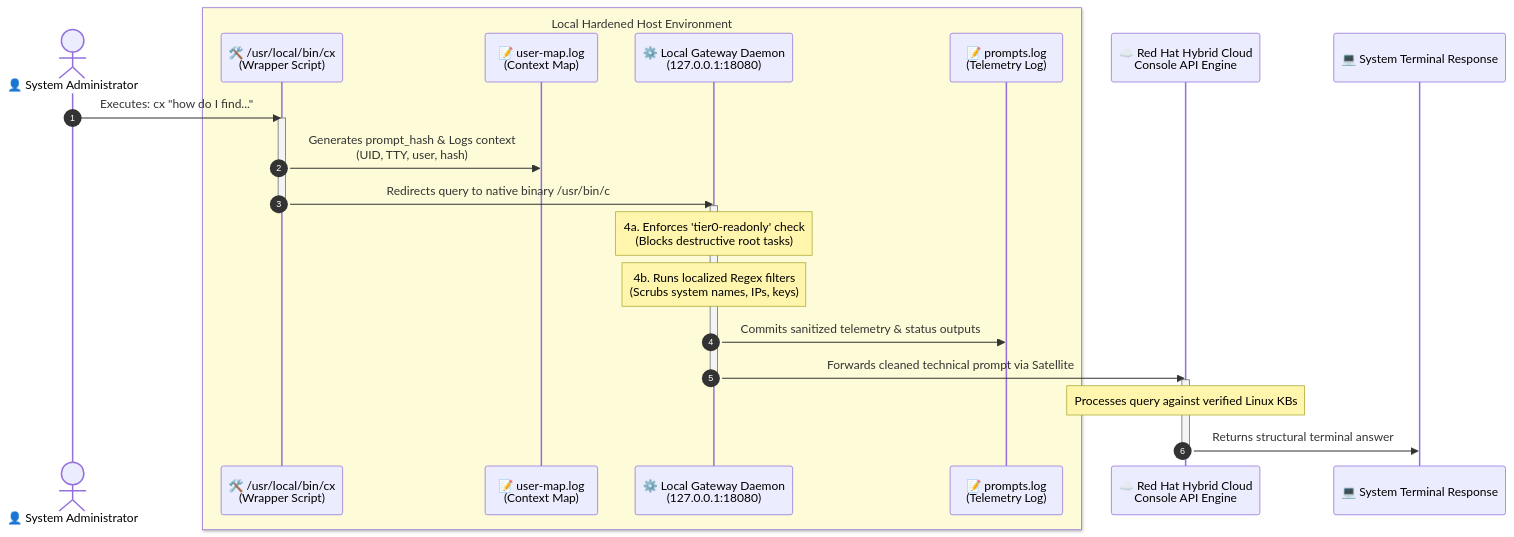
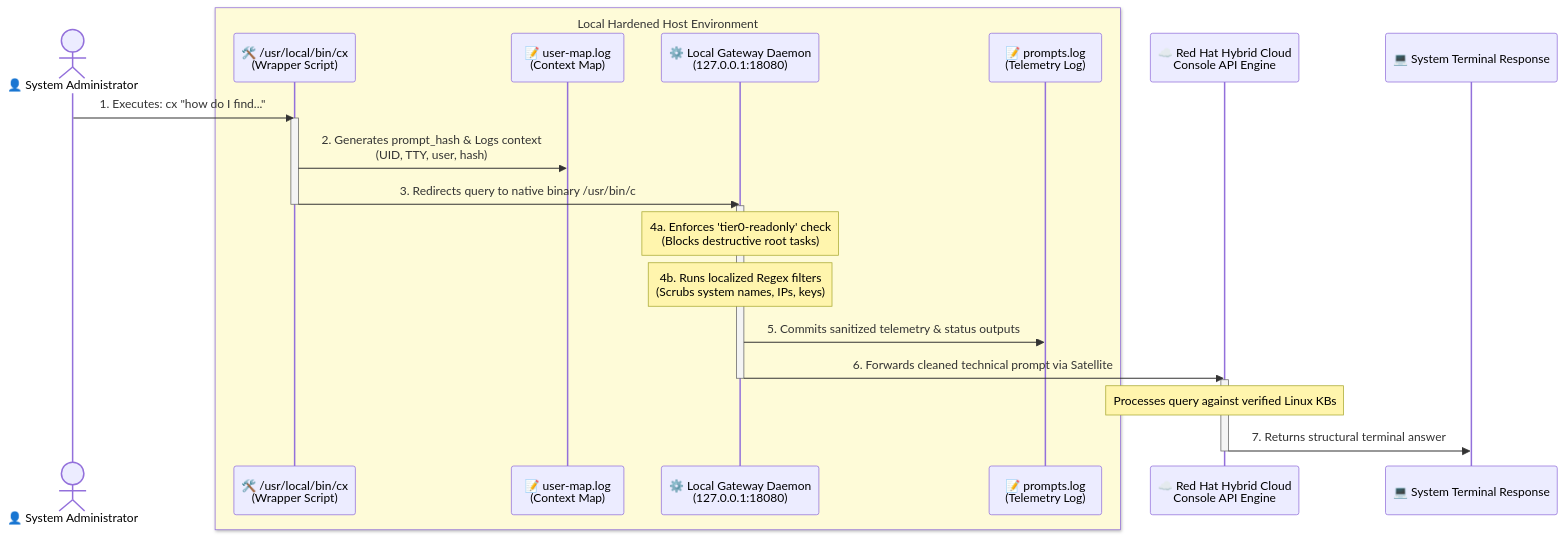
The diagram in architecture.md (kumarj04/cla-gateway), drawn with Mermaid before and after one commit.

Commit message:
Add step numbers to sequence diagram in architecture.md

````diff
--- a/architecture.md
+++ b/architecture.md
@@ -1,31 +1,30 @@
 ```mermaid
 sequenceDiagram
-    autonumber
     actor Admin as 👤 System Administrator
     box rgb(254, 251, 216) Local Hardened Host Environment
         participant Wrapper as 🛠️ /usr/local/bin/cx<br>(Wrapper Script)
         participant Log1 as 📝 user-map.log<br>(Context Map)
         participant Daemon as ⚙️ Local Gateway Daemon<br>(127.0.0.1:18080)
         participant Log2 as 📝 prompts.log<br>(Telemetry Log)
     end
     participant Cloud as ☁️ Red Hat Hybrid Cloud<br>Console API Engine
     participant Terminal as 💻 System Terminal Response
 
-    Admin->>Wrapper: Executes: cx "how do I find..."
+    Admin->>Wrapper: 1. Executes: cx "how do I find..."
     activate Wrapper
-    Wrapper->>Log1: Generates prompt_hash & Logs context<br>(UID, TTY, user, hash)
-    Wrapper->>Daemon: Redirects query to native binary /usr/bin/c
+    Wrapper->>Log1: 2. Generates prompt_hash & Logs context<br>(UID, TTY, user, hash)
+    Wrapper->>Daemon: 3. Redirects query to native binary /usr/bin/c
     deactivate Wrapper
     
     activate Daemon
     Note over Daemon: 4a. Enforces 'tier0-readonly' check<br>(Blocks destructive root tasks)
     Note over Daemon: 4b. Runs localized Regex filters<br>(Scrubs system names, IPs, keys)
-    Daemon->>Log2: Commits sanitized telemetry & status outputs
-    Daemon->>Cloud: Forwards cleaned technical prompt via Satellite
+    Daemon->>Log2: 5. Commits sanitized telemetry & status outputs
+    Daemon->>Cloud: 6. Forwards cleaned technical prompt via Satellite
     deactivate Daemon
     
     activate Cloud
     Note over Cloud: Processes query against verified Linux KBs
-    Cloud->>Terminal: Returns structural terminal answer
+    Cloud->>Terminal: 7. Returns structural terminal answer
     deactivate Cloud
 ```
````
